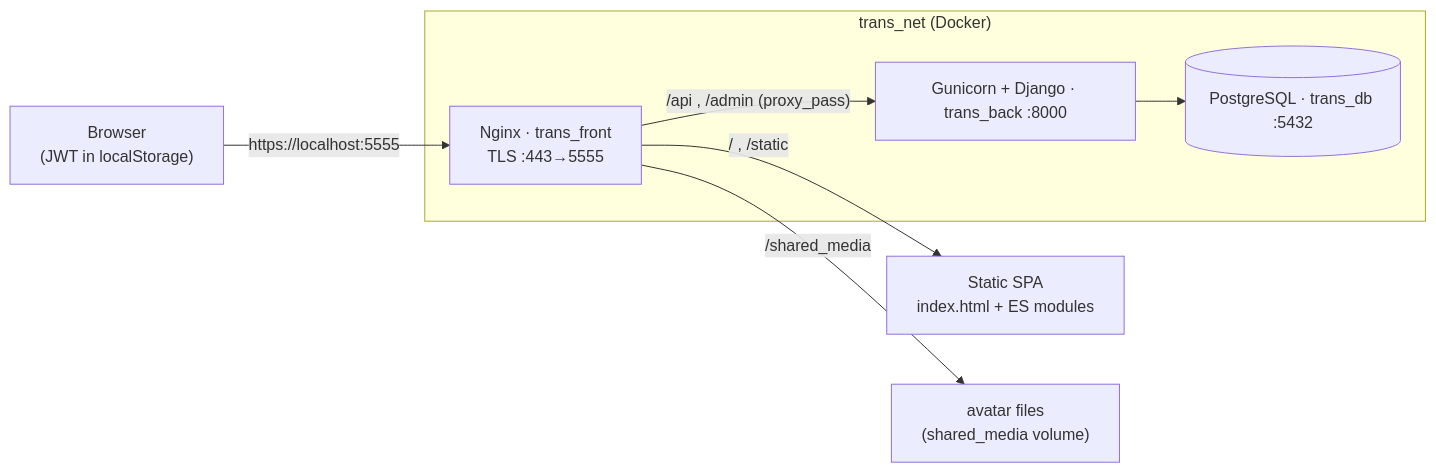
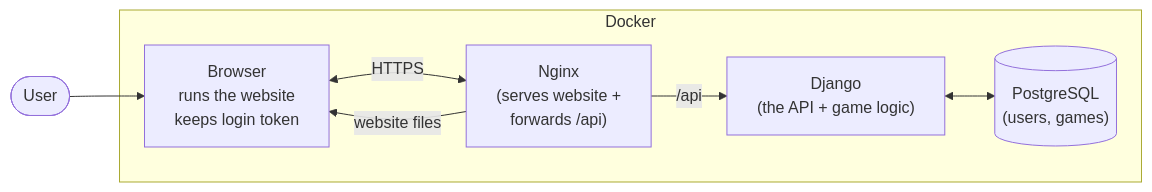
Before and after one commit to itzbw/ft_transcendence: the first of 3 diagrams in README.md, drawn with Mermaid. The commit also changed other lines of this file, not shown here.

Commit message:
Refactor README to enhance architecture clarity and user flow diagrams

````diff
--- a/README.md
+++ b/README.md
@@ -33,14 +35,14 @@
 ```mermaid
 flowchart LR
-    Browser["Browser<br/>(JWT in localStorage)"]
-    subgraph net["trans_net (Docker)"]
-        Nginx["Nginx · trans_front<br/>TLS :443→5555"]
-        Django["Gunicorn + Django · trans_back :8000"]
-        DB[("PostgreSQL · trans_db :5432")]
+    User([User]) --> Browser["Browser<br/>runs the website<br/>keeps login token"]
+    Browser <-->|HTTPS| Nginx
+
+    subgraph Docker
+        Nginx["Nginx<br/>(serves website +<br/>forwards /api)"]
+        Django["Django<br/>(the API + game logic)"]
+        DB[("PostgreSQL<br/>(users, games)")]
+        Nginx -->|website files| Browser
+        Nginx -->|/api| Django
+        Django <--> DB
     end
-    Browser -- "https://localhost:5555" --> Nginx
-    Nginx -- "/ , /static" --> SPA["Static SPA<br/>index.html + ES modules"]
-    Nginx -- "/shared_media" --> Media["avatar files<br/>(shared_media volume)"]
-    Nginx -- "/api , /admin (proxy_pass)" --> Django
-    Django --> DB
 ```
````
